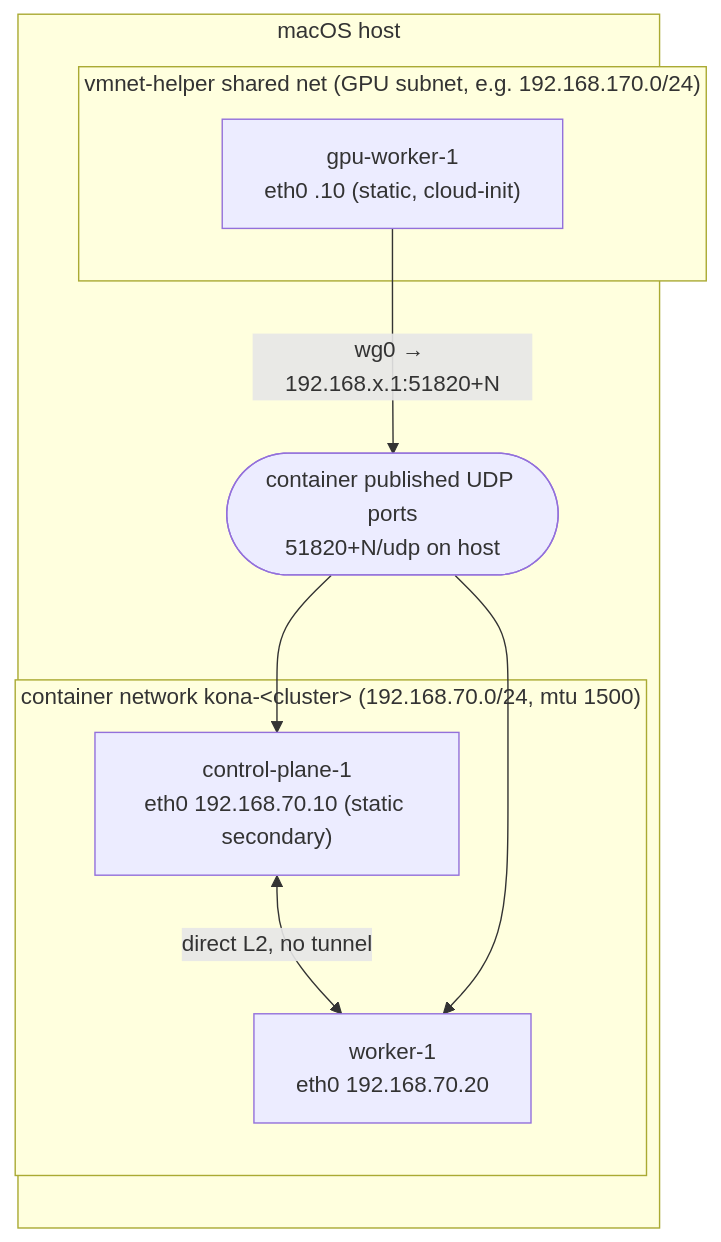
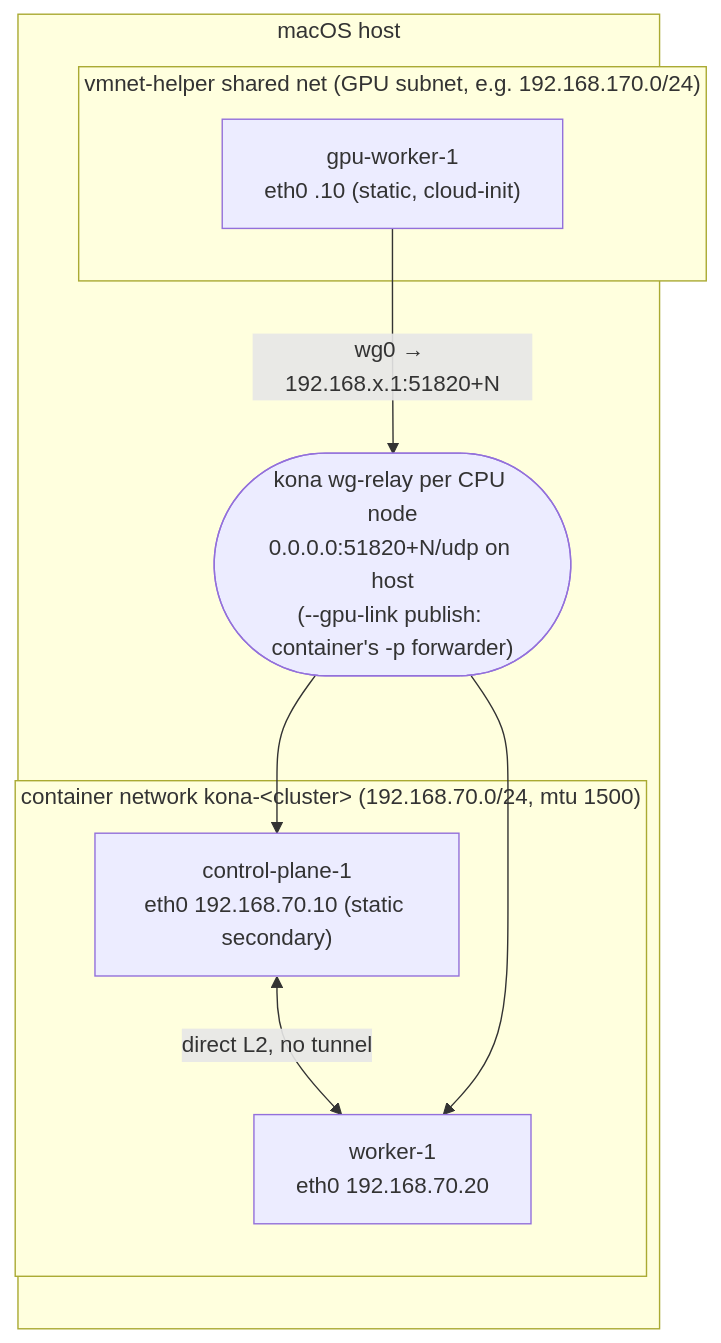
The diagram in docs/networking.md (lestex/kona), drawn with Mermaid before and after one commit. The commit also changed other lines of this file, not shown here.

Commit message:
networking: gpu link modes

````diff
--- a/docs/networking.md
+++ b/docs/networking.md
@@ -64,15 +64,15 @@
 ```mermaid
 flowchart LR
   subgraph host[macOS host]
     subgraph cnet["container network kona-&lt;cluster&gt; (192.168.70.0/24, mtu 1500)"]
       cp["control-plane-1<br/>eth0 192.168.70.10 (static secondary)"]
       w1["worker-1<br/>eth0 192.168.70.20"]
     end
     subgraph gnet["vmnet-helper shared net (GPU subnet, e.g. 192.168.170.0/24)"]
       g1["gpu-worker-1<br/>eth0 .10 (static, cloud-init)"]
     end
-    proxy(["container published UDP ports<br/>51820+N/udp on host"])
+    relay(["kona wg-relay per CPU node<br/>0.0.0.0:51820+N/udp on host<br/>(--gpu-link publish: container's -p forwarder)"])
   end
   cp <-- "direct L2, no tunnel" --> w1
-  g1 -- "wg0 → 192.168.x.1:51820+N" --> proxy --> cp & w1
+  g1 -- "wg0 → 192.168.x.1:51820+N" --> relay --> cp & w1
 ```
````
